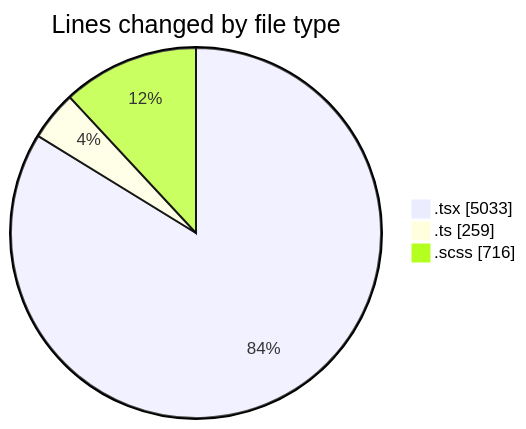
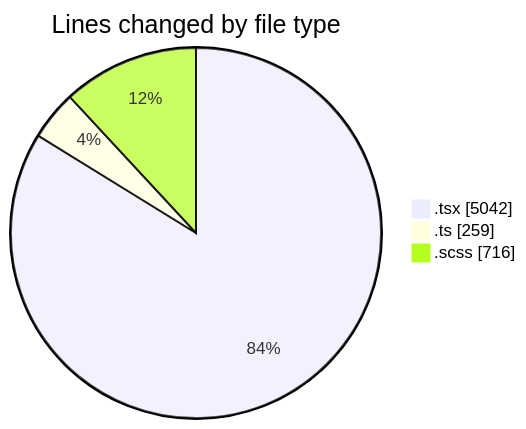
Before and after one commit to momahboobian/code-tracking: the first of 2 diagrams in 2025-09-15/cda/README.md, drawn with Mermaid. The commit also changed other lines of this file and 1 other file, not shown here.

````diff
--- a/2025-09-15/cda/README.md
+++ b/2025-09-15/cda/README.md
@@ -27,7 +27,7 @@
 ```mermaid
 pie showData
 title Lines changed by file type
-".tsx" : 5033
+".tsx" : 5042
 ".ts" : 259
 ".scss" : 716
 ```
````
